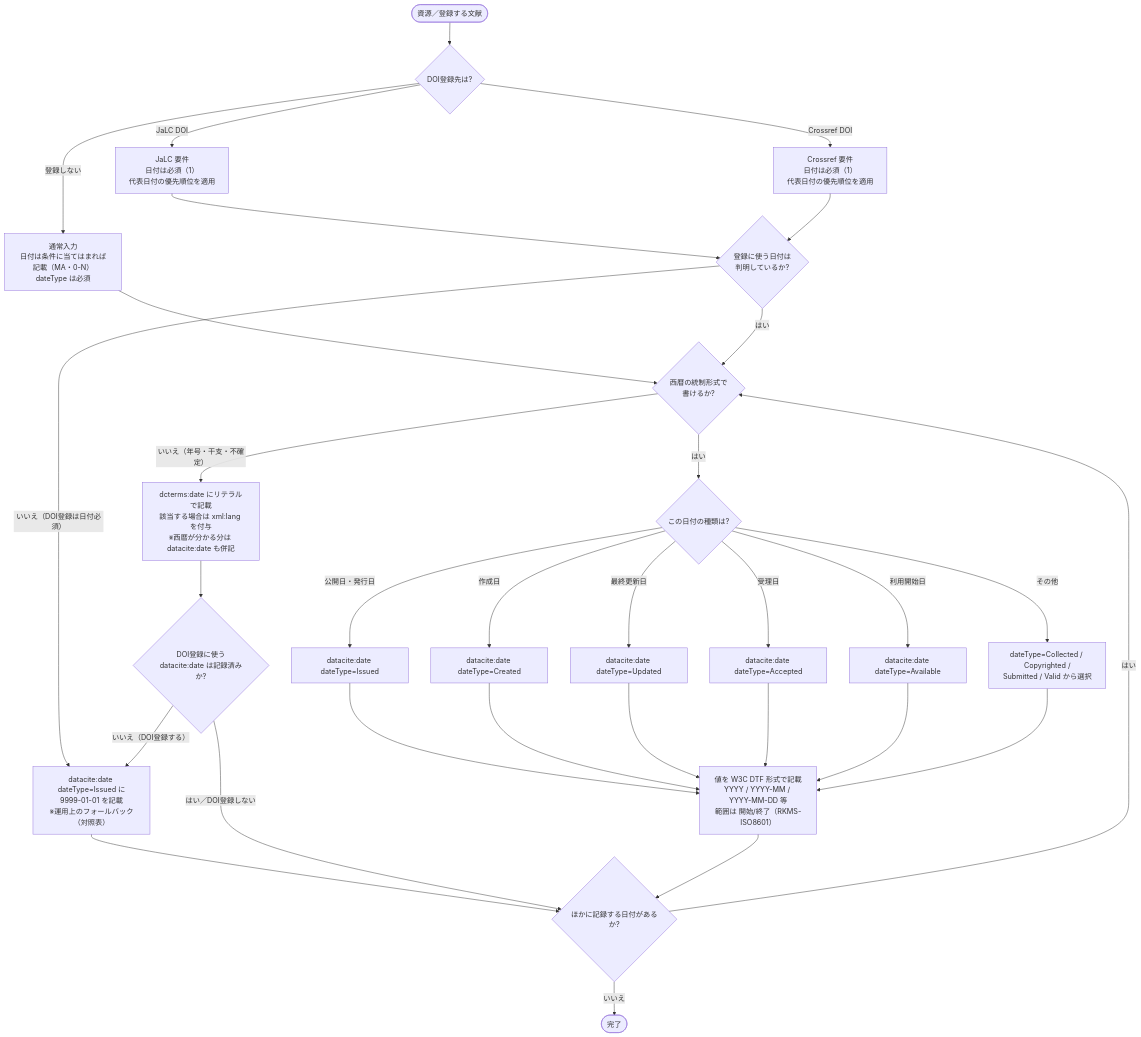
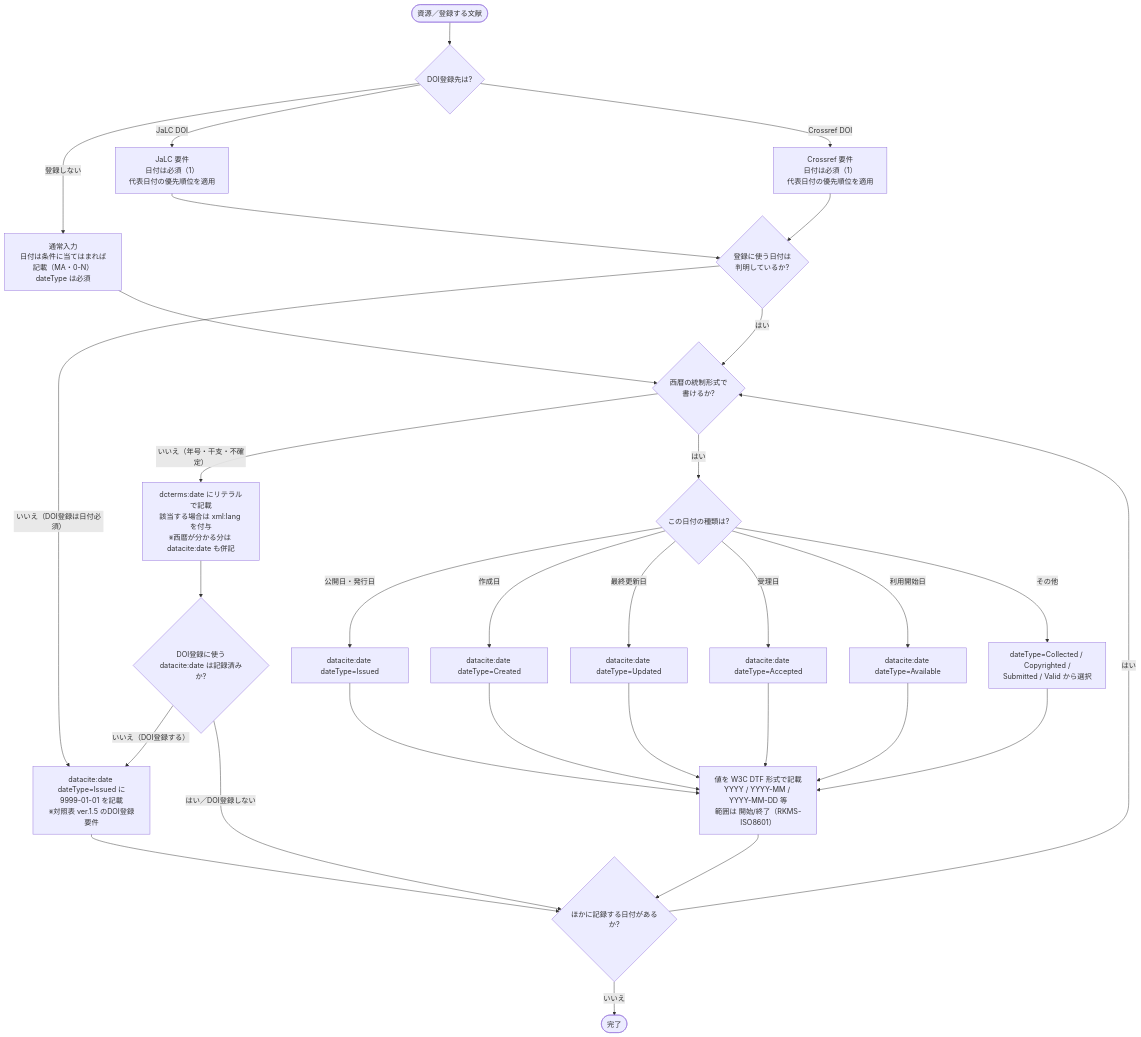
The diagram in decision-trees/date.md (tzhaya/jpcoarschema-helper), drawn with Mermaid before and after one commit. The commit also changed other lines of this file and 1 other file, not shown here.

````diff
--- a/decision-trees/date.md
+++ b/decision-trees/date.md
@@ -55,45 +56,45 @@
 ```mermaid
 flowchart TD
     R([資源／登録する文献]) --> Q1{DOI登録先は?}
 
     Q1 -- 登録しない --> CTX0["通常入力<br/>日付は条件に当てはまれば記載（MA・0-N）<br/>dateType は必須"]
     Q1 -- JaLC DOI --> CTX1["JaLC 要件<br/>日付は必須（1）<br/>代表日付の優先順位を適用"]
     Q1 -- Crossref DOI --> CTX2["Crossref 要件<br/>日付は必須（1）<br/>代表日付の優先順位を適用"]
 
     CTX0 --> D2
     CTX1 --> D1
     CTX2 --> D1
 
     D1{登録に使う日付は<br/>判明しているか?}
-    D1 -- "いいえ（DOI登録は日付必須）" --> AF["datacite:date dateType=Issued に<br/>9999-01-01 を記載<br/>※運用上のフォールバック（対照表）"]
+    D1 -- "いいえ（DOI登録は日付必須）" --> AF["datacite:date dateType=Issued に<br/>9999-01-01 を記載<br/>※対照表 ver.1.5 のDOI登録要件"]
     D1 -- はい --> D2{西暦の統制形式で<br/>書けるか?}
 
     D2 -- "いいえ（年号・干支・不確定）" --> A2["dcterms:date にリテラルで記載<br/>該当する場合は xml:lang を付与<br/>※西暦が分かる分は datacite:date も併記"]
     D2 -- はい --> D3{この日付の種類は?}
 
     D3 -- "公開日・発行日" --> T1["datacite:date dateType=Issued"]
     D3 -- "作成日" --> T2["datacite:date dateType=Created"]
     D3 -- "最終更新日" --> T3["datacite:date dateType=Updated"]
     D3 -- "受理日" --> T4["datacite:date dateType=Accepted"]
     D3 -- "利用開始日" --> T5["datacite:date dateType=Available"]
     D3 -- "その他" --> T6["dateType=Collected / Copyrighted /<br/>Submitted / Valid から選択"]
 
     T1 --> PF
     T2 --> PF
     T3 --> PF
     T4 --> PF
     T5 --> PF
     T6 --> PF
 
     PF["値を W3C DTF 形式で記載<br/>YYYY / YYYY-MM / YYYY-MM-DD 等<br/>範囲は 開始/終了（RKMS-ISO8601）"]
 
     AF --> D6
     A2 --> D2r{DOI登録に使う<br/>datacite:date は記録済みか?}
     D2r -- "はい／DOI登録しない" --> D6
     D2r -- "いいえ（DOI登録する）" --> AF
     PF --> D6
 
     D6{ほかに記録する日付があるか?}
     D6 -- "はい" --> D2
     D6 -- いいえ --> END([完了])
 ```
````
